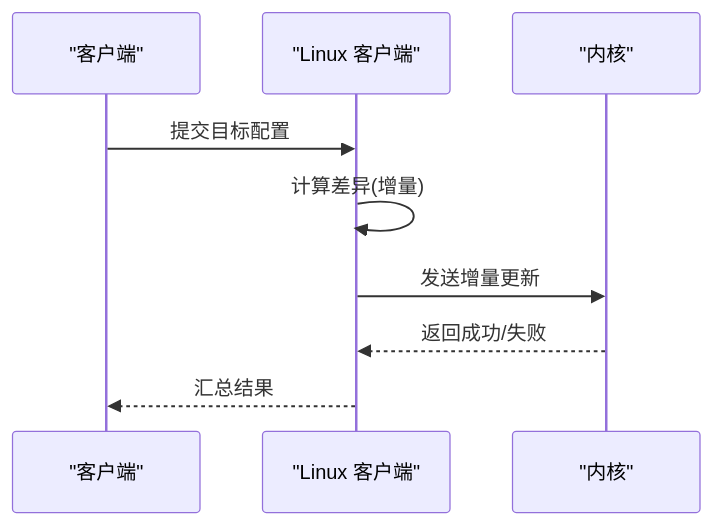
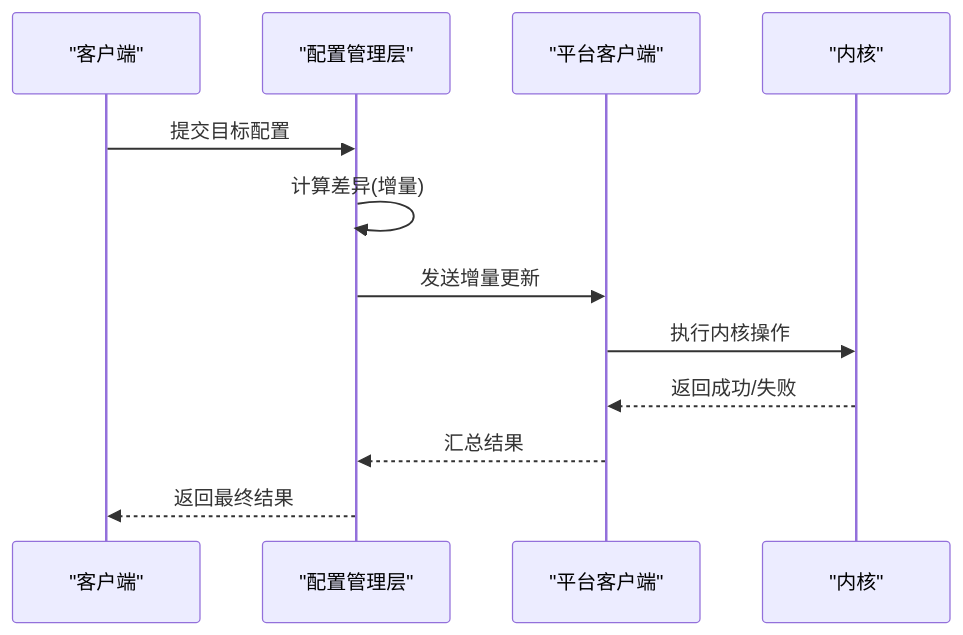
One commit to tea4go/wgctrl-go changed the fifth of 6 diagrams in .qoder/repowiki/zh/content/配置管理/配置管理.md. Above: the diagram before and after it, drawn with Mermaid. The commit also changed other lines of this file and 11 other files, not shown here.

````diff
--- a/.qoder/repowiki/zh/content/配置管理/配置管理.md
+++ b/.qoder/repowiki/zh/content/配置管理/配置管理.md
@@ -246,11 +300,14 @@
 ```mermaid
 sequenceDiagram
 participant C as "客户端"
-participant L as "Linux 客户端"
+participant WC as "配置管理层"
+participant L as "平台客户端"
 participant K as "内核"
-C->>L : 提交目标配置
-L->>L : 计算差异(增量)
-L->>K : 发送增量更新
+C->>WC : 提交目标配置
+WC->>WC : 计算差异(增量)
+WC->>L : 发送增量更新
+L->>K : 执行内核操作
 K-->>L : 返回成功/失败
-L-->>C : 汇总结果
+L-->>WC : 汇总结果
+WC-->>C : 返回最终结果
 ```
````
